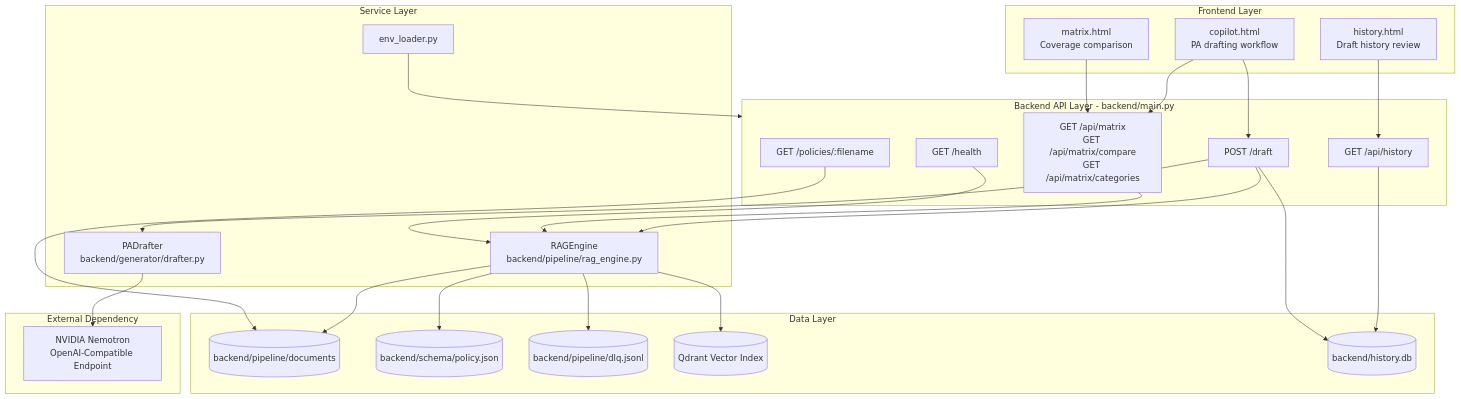
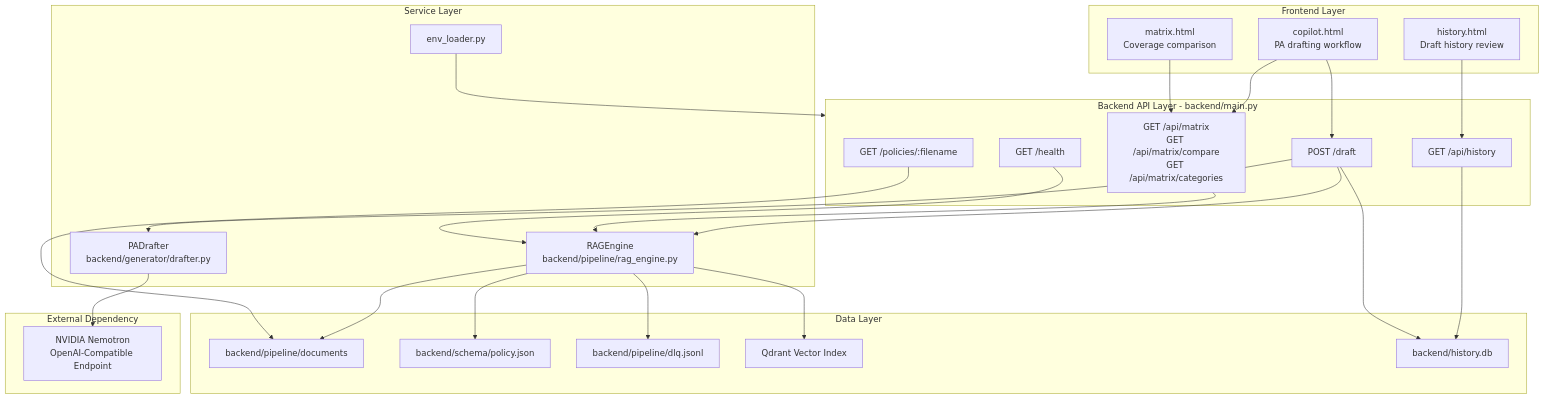
The second of 2 diagrams in README.md (Saurav-Kalaskar/AntonRx-Hackathom-Project), drawn with Mermaid before and after one commit. The commit also changed other lines of this file, not shown here.

Commit message:
feat: update architecture diagrams in README for improved clarity and formatting

````diff
--- a/README.md
+++ b/README.md
@@ -71,54 +71,54 @@
 ```mermaid
 flowchart TB
-  subgraph FrontendLayer[Frontend Layer]
-    MatrixPage[matrix.html\nCoverage comparison]
-    CopilotPage[copilot.html\nPA drafting workflow]
-    HistoryPage[history.html\nDraft history review]
+  subgraph FrontendLayer["Frontend Layer"]
+    MatrixPage["matrix.html<br/>Coverage comparison"]
+    CopilotPage["copilot.html<br/>PA drafting workflow"]
+    HistoryPage["history.html<br/>Draft history review"]
   end
 
-  subgraph APILayer[Backend API Layer - backend/main.py]
-    HealthAPI[GET /health]
-    MatrixAPI[GET /api/matrix\nGET /api/matrix/compare\nGET /api/matrix/categories]
-    DraftAPI[POST /draft]
-    HistoryAPI[GET /api/history]
-    PolicyFileAPI[GET /policies/:filename]
+  subgraph APILayer["Backend API Layer - backend/main.py"]
+    HealthAPI["GET /health"]
+    MatrixAPI["GET /api/matrix<br/>GET /api/matrix/compare<br/>GET /api/matrix/categories"]
+    DraftAPI["POST /draft"]
+    HistoryAPI["GET /api/history"]
+    PolicyFileAPI["GET /policies/:filename"]
   end
 
-  subgraph ServiceLayer[Service Layer]
-    RAG[RAGEngine\nbackend/pipeline/rag_engine.py]
-    Drafter[PADrafter\nbackend/generator/drafter.py]
-    Env[env_loader.py]
+  subgraph ServiceLayer["Service Layer"]
+    RAG["RAGEngine<br/>backend/pipeline/rag_engine.py"]
+    Drafter["PADrafter<br/>backend/generator/drafter.py"]
+    Env["env_loader.py"]
   end
 
-  subgraph DataLayer[Data Layer]
-    PolicyFiles[(backend/pipeline/documents)]
-    Schema[(backend/schema/policy.json)]
-    DLQ[(backend/pipeline/dlq.jsonl)]
-    VectorIndex[(Qdrant Vector Index)]
-    DraftHistory[(backend/history.db)]
+  subgraph DataLayer["Data Layer"]
+    PolicyFiles["backend/pipeline/documents"]
+    Schema["backend/schema/policy.json"]
+    DLQ["backend/pipeline/dlq.jsonl"]
+    VectorIndex["Qdrant Vector Index"]
+    DraftHistory["backend/history.db"]
   end
 
-  subgraph ExternalLayer[External Dependency]
-    Nemotron[NVIDIA Nemotron\nOpenAI-Compatible Endpoint]
+  subgraph ExternalLayer["External Dependency"]
+    Nemotron["NVIDIA Nemotron<br/>OpenAI-Compatible Endpoint"]
   end
 
   MatrixPage --> MatrixAPI
   CopilotPage --> DraftAPI
   CopilotPage --> MatrixAPI
   HistoryPage --> HistoryAPI
 
   HealthAPI --> RAG
   MatrixAPI --> RAG
   DraftAPI --> RAG
   DraftAPI --> Drafter
   DraftAPI --> DraftHistory
   HistoryAPI --> DraftHistory
   PolicyFileAPI --> PolicyFiles
 
   RAG --> PolicyFiles
   RAG --> Schema
   RAG --> DLQ
   RAG --> VectorIndex
   Drafter --> Nemotron
   Env --> APILayer
 ```
````
